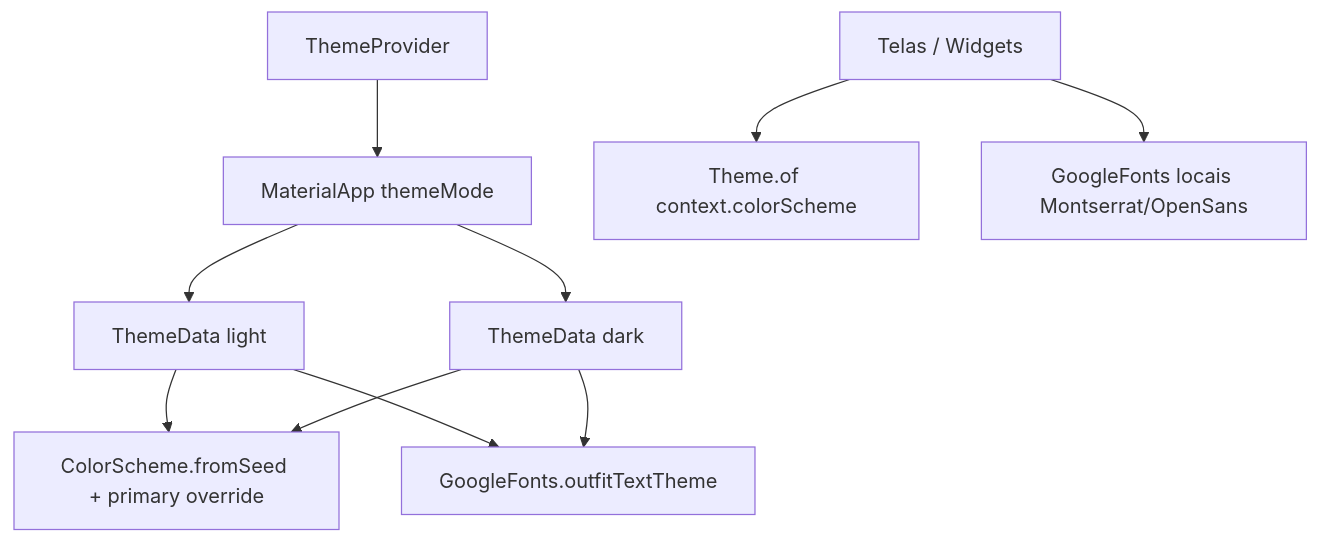
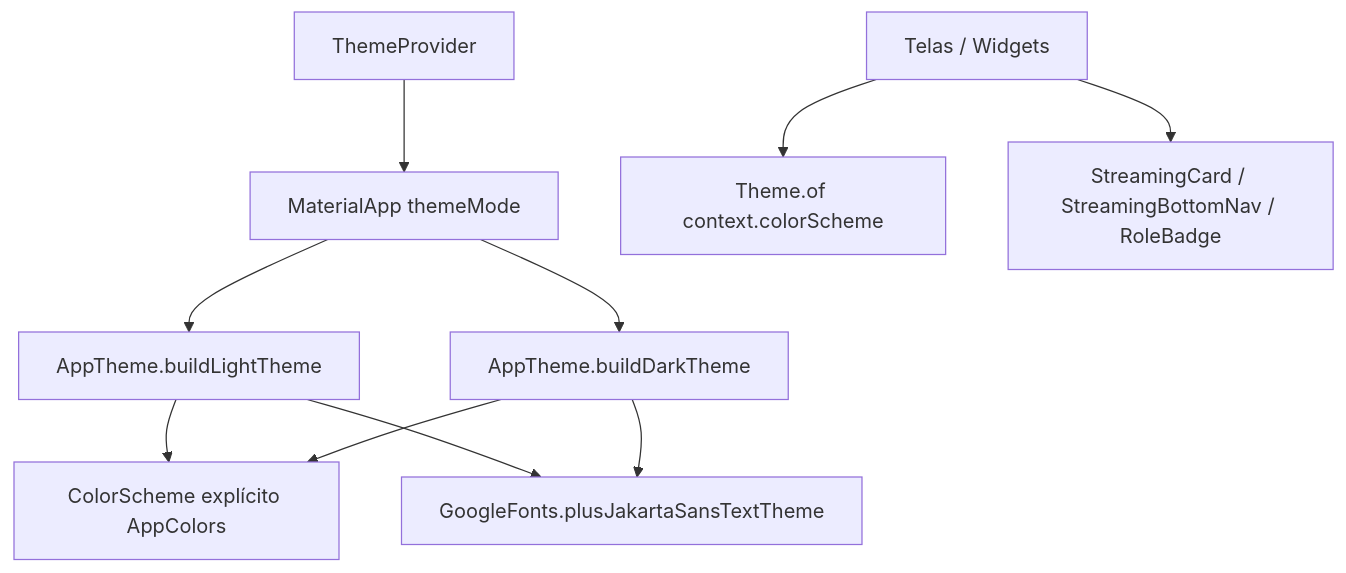
One commit to Rdinda/FMA_Pontos changed the diagram in _reversa_sdd/design-system/design-system.md. Above: the diagram before and after it, drawn with Mermaid. The commit also changed other lines of this file and 135 other files, not shown here.

````diff
--- a/_reversa_sdd/design-system/design-system.md
+++ b/_reversa_sdd/design-system/design-system.md
@@ -20,12 +21,12 @@
 ```mermaid
 flowchart TD
   A[ThemeProvider] --> B[MaterialApp themeMode]
-  B --> C[ThemeData light]
-  B --> D[ThemeData dark]
-  C --> E[ColorScheme.fromSeed + primary override]
+  B --> C[AppTheme.buildLightTheme]
+  B --> D[AppTheme.buildDarkTheme]
+  C --> E[ColorScheme explícito AppColors]
   D --> E
-  C --> F[GoogleFonts.outfitTextTheme]
+  C --> F[GoogleFonts.plusJakartaSansTextTheme]
   D --> F
   G[Telas / Widgets] --> H[Theme.of context.colorScheme]
-  G --> I[GoogleFonts locais Montserrat/OpenSans]
+  G --> I[StreamingCard / StreamingBottomNav / RoleBadge]
 ```
````
